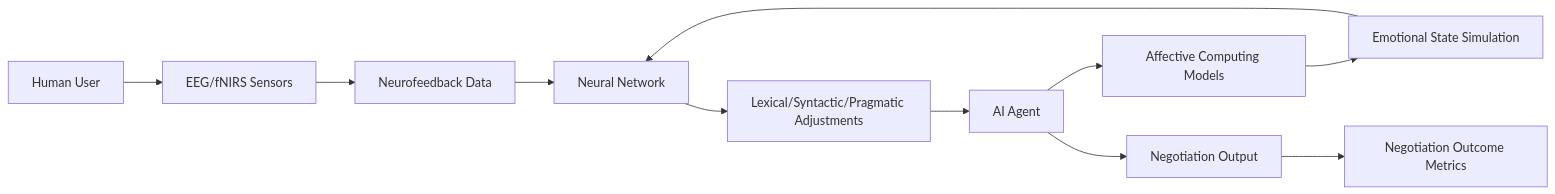
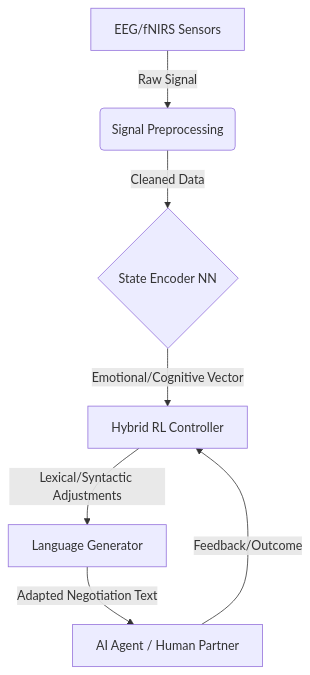
One commit to shawnhvac/agentworld-prior-art changed the diagram in inventions/inv_neuro_emotional_synchronization_negotiation_lang_f12b6.md. Above: the diagram before and after it, drawn with Mermaid. The commit also changed other lines of this file and 131 other files, not shown here.

````diff
--- a/inventions/inv_neuro_emotional_synchronization_negotiation_lang_f12b6.md
+++ b/inventions/inv_neuro_emotional_synchronization_negotiation_lang_f12b6.md
@@ -47,13 +47,9 @@
 ```mermaid
-graph LR
-A[Human User] --> B[EEG/fNIRS Sensors]
-B --> C[Neurofeedback Data]
-C --> D[Neural Network]
-D --> E[Lexical/Syntactic/Pragmatic Adjustments]
-E --> F[AI Agent]
-F --> G[Affective Computing Models]
-G --> H[Emotional State Simulation]
-H --> D
-F --> I[Negotiation Output]
-I --> J[Negotiation Outcome Metrics]
+graph TD
+    A[EEG/fNIRS Sensors] -->|Raw Signal| B(Signal Preprocessing)
+    B -->|Cleaned Data| C{State Encoder NN}
+    C -->|Emotional/Cognitive Vector| D[Hybrid RL Controller]
+    D -->|Lexical/Syntactic Adjustments| E[Language Generator]
+    E -->|Adapted Negotiation Text| F[AI Agent / Human Partner]
+    F -->|Feedback/Outcome| D
 ```
````
